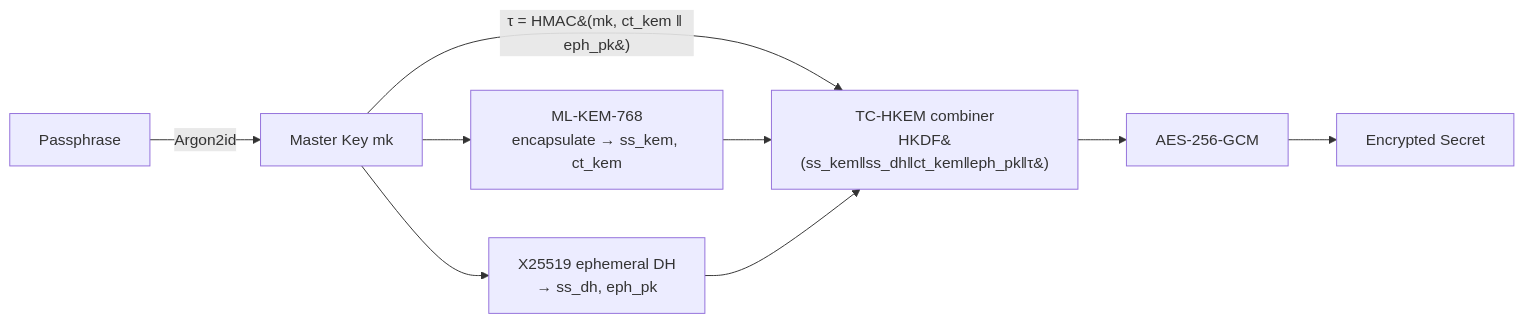
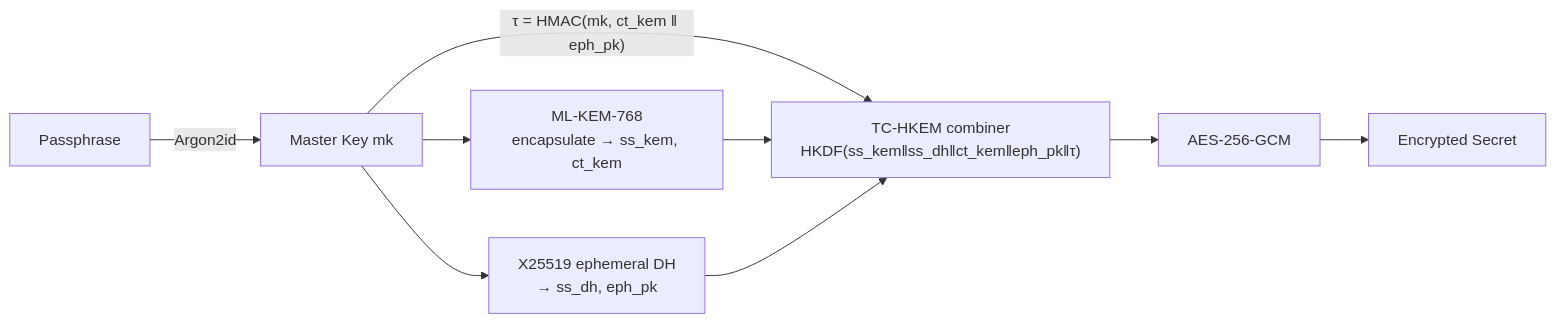
Before and after one commit to johnzfitch/dota: the diagram in README.md, drawn with Mermaid.

Commit message:
Fix HTML entities in Mermaid diagram
Replace HTML entities (&#40;, &#41;) with literal parentheses in the Mermaid
flowchart, as HTML entities render verbatim inside Mermaid blocks and are not
decoded by the diagram engine.

````diff
--- a/README.md
+++ b/README.md
@@ -27,11 +27,11 @@
 ```mermaid
 flowchart LR
     A[Passphrase] -->|Argon2id| B[Master Key mk]
     B --> C["ML-KEM-768\nencapsulate → ss_kem, ct_kem"]
     B --> D["X25519 ephemeral DH\n→ ss_dh, eph_pk"]
-    B -->|"τ = HMAC&#40;mk, ct_kem ‖ eph_pk&#41;"| E
-    C --> E["TC-HKEM combiner\nHKDF&#40;ss_kem‖ss_dh‖ct_kem‖eph_pk‖τ&#41;"]
+    B -->|"τ = HMAC(mk, ct_kem ‖ eph_pk)"| E
+    C --> E["TC-HKEM combiner\nHKDF(ss_kem‖ss_dh‖ct_kem‖eph_pk‖τ)"]
     D --> E
     E --> F["AES-256-GCM"]
     F --> G[Encrypted Secret]
 ```
````
